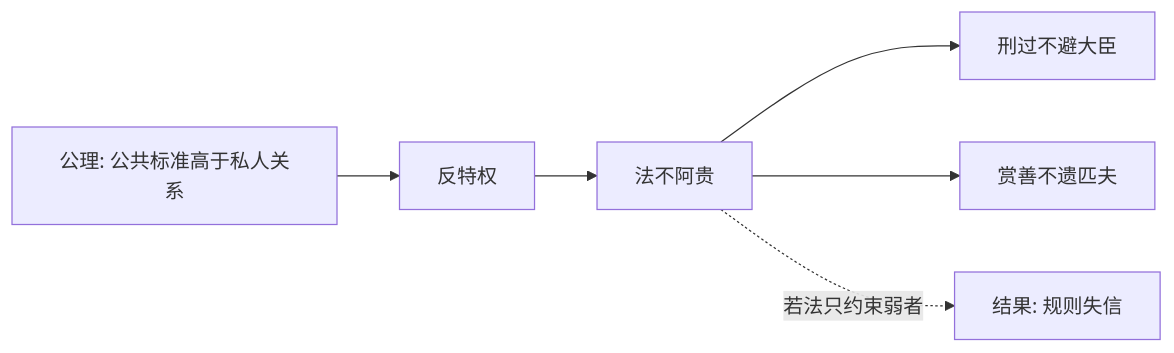
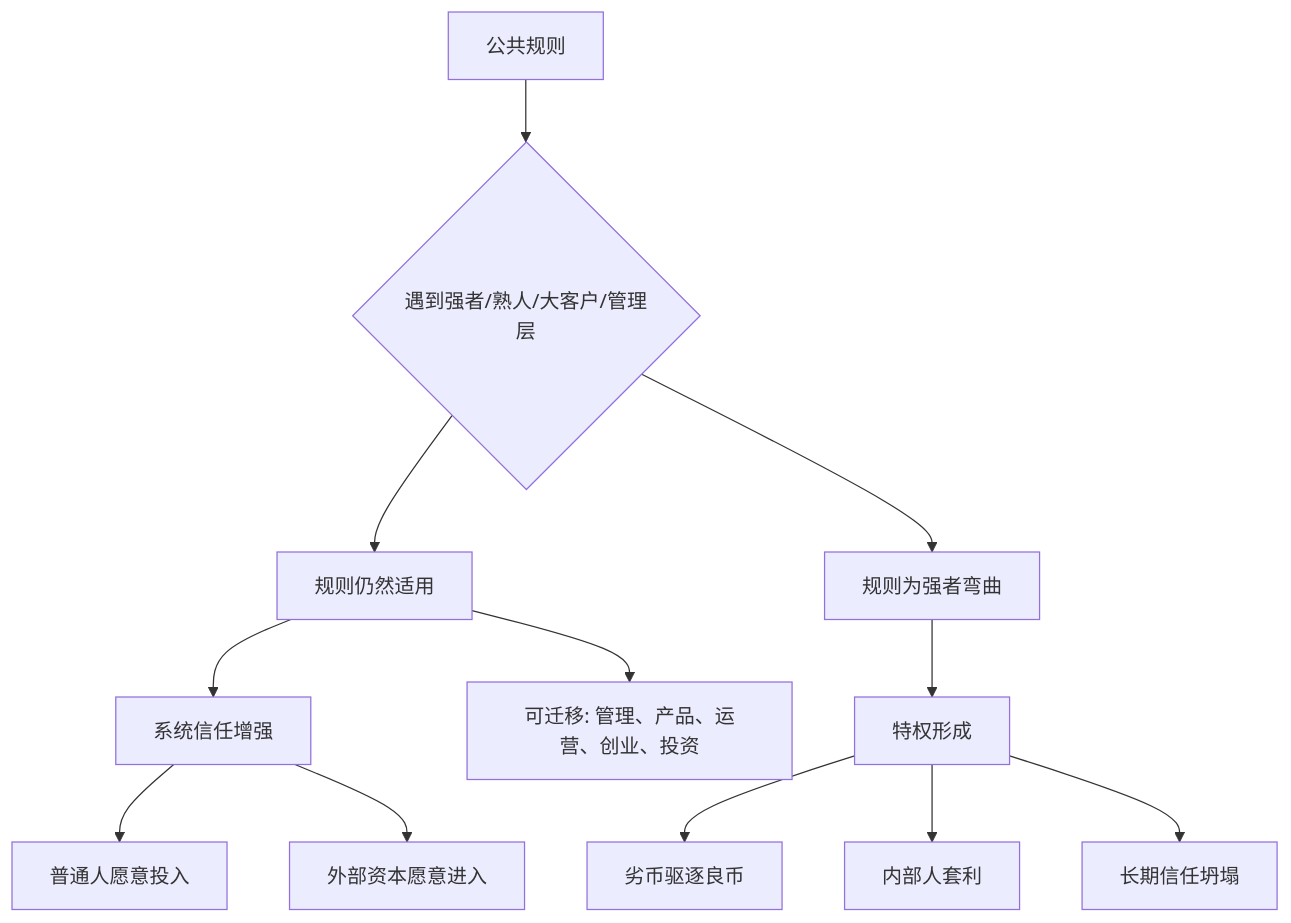
One commit to digoal/blog changed the diagram in 202605/20260518_08.md. Above: the diagram before and after it, drawn with Mermaid. The commit also changed other lines of this file and 14 other files, not shown here.

````diff
--- a/202605/20260518_08.md
+++ b/202605/20260518_08.md
@@ -22,8 +24,14 @@
 ```mermaid
-flowchart LR
-  A["公理: 公共标准高于私人关系"] --> B["反特权"]
-  B --> C["法不阿贵"]
-  C --> D["刑过不避大臣"]
-  C --> E["赏善不遗匹夫"]
-  C -. "若法只约束弱者" .-> F["结果: 规则失信"]
+flowchart TB
+  A["公共规则"] --> B{"遇到强者/熟人/大客户/管理层"}
+  B --> C["规则仍然适用"]
+  C --> D["系统信任增强"]
+  D --> E["普通人愿意投入"]
+  D --> F["外部资本愿意进入"]
+  B --> G["规则为强者弯曲"]
+  G --> H["特权形成"]
+  H --> I["劣币驱逐良币"]
+  H --> J["内部人套利"]
+  H --> K["长期信任坍塌"]
+  C --> L["可迁移: 管理、产品、运营、创业、投资"]
 ```
````
